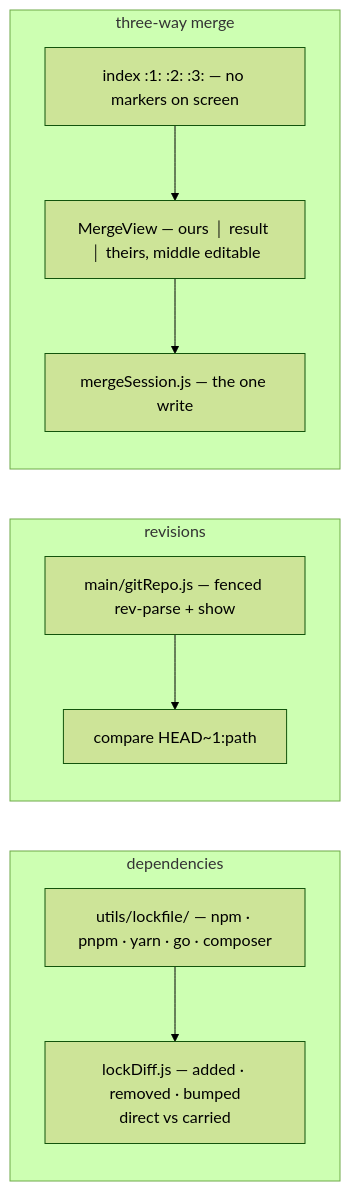
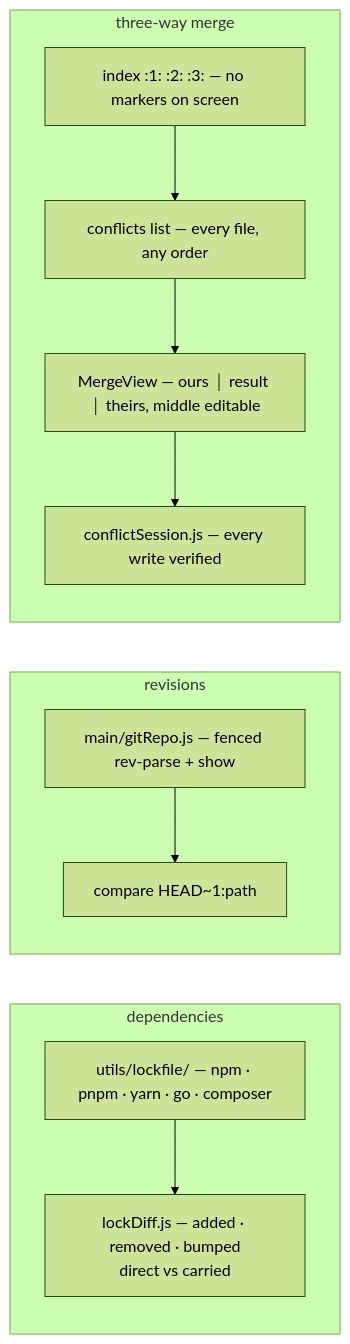
The fifth of 10 diagrams in docs/roadmap.md (mindaugaskasp/diff-bro), drawn with Mermaid (forest theme) before and after one commit. The commit also changed other lines of this file and 82 other files, not shown here.

First line of the commit message:
The conflicts list in front of the three-way merge (#55)

````diff
--- a/docs/roadmap.md
+++ b/docs/roadmap.md
@@ -183,19 +183,20 @@
 ```mermaid
 flowchart LR
   subgraph deps["dependencies"]
     l["utils/lockfile/ — npm · pnpm · yarn · go · composer"]
     d["lockDiff.js — added · removed · bumped<br>direct vs carried"]
     l --> d
   end
   subgraph git["revisions"]
     g["main/gitRepo.js — fenced rev-parse + show"]
     c["compare HEAD~1:path"]
     g --> c
   end
   subgraph merge["three-way merge"]
     m["index :1: :2: :3: — no markers on screen"]
+    f["conflicts list — every file, any order"]
     v["MergeView — ours │ result │ theirs, middle editable"]
-    w["mergeSession.js — the one write"]
-    m --> v --> w
+    w["conflictSession.js — every write verified"]
+    m --> f --> v --> w
   end
 ```
````
